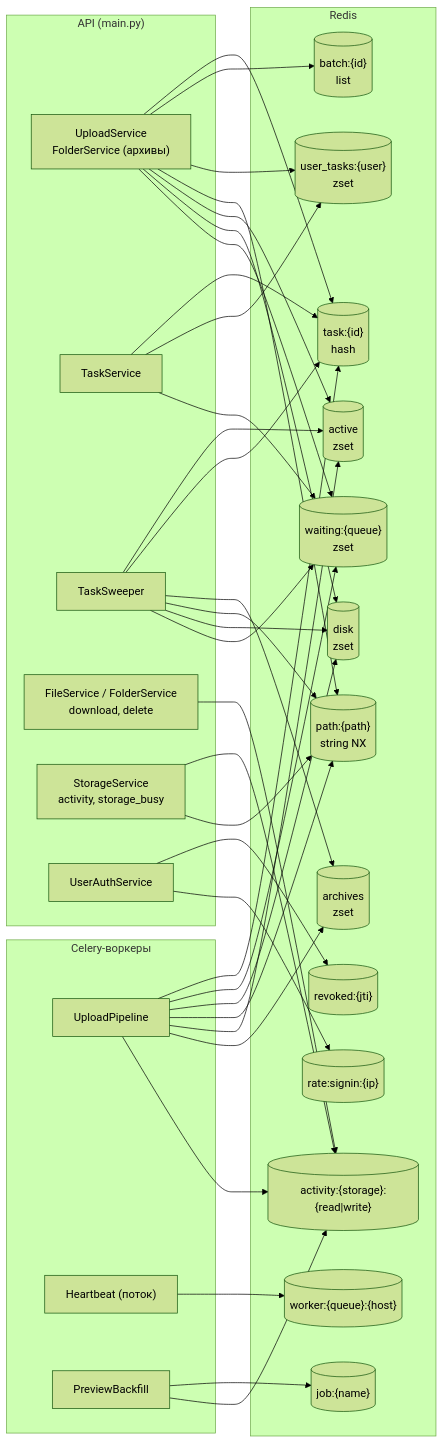
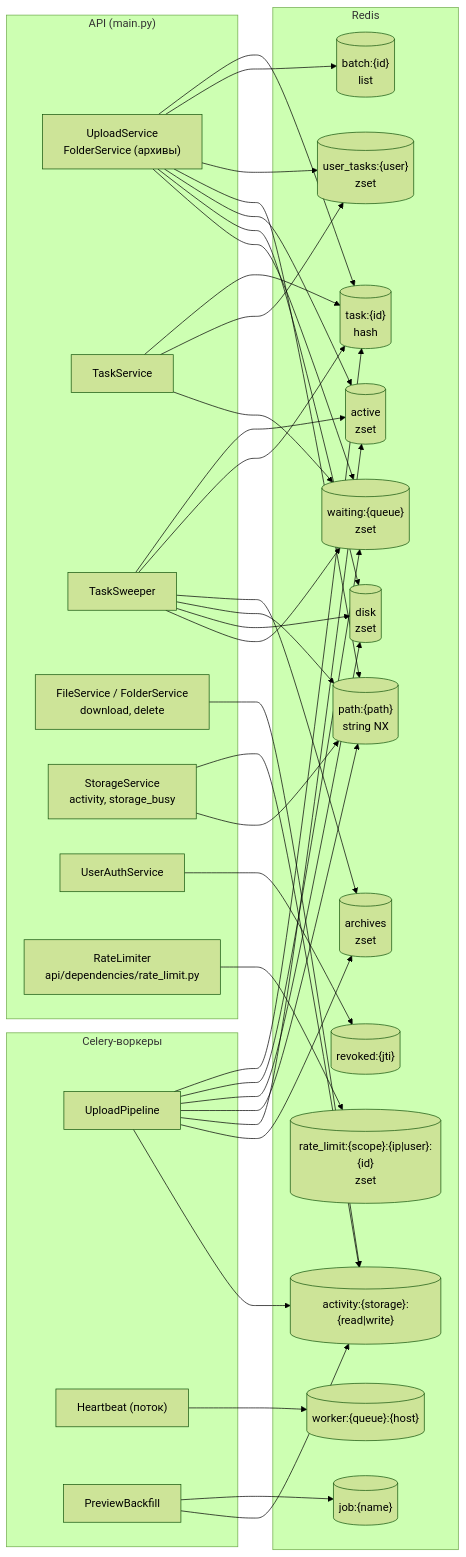
One commit to NikitkaZXC/tcloud-backend changed the diagram in docs/redis.md. Above: the diagram before and after it, drawn with Mermaid (forest theme). The commit also changed other lines of this file and 32 other files, not shown here.

Commit message:
feat: sliding-window rate limiting per IP and user ported from nextgate

````diff
--- a/docs/redis.md
+++ b/docs/redis.md
@@ -11,40 +11,42 @@
 ```mermaid
 flowchart LR
     subgraph api["API (main.py)"]
         us["UploadService<br/>FolderService (архивы)"]
         ts["TaskService"]
         sw["TaskSweeper"]
         fs["FileService / FolderService<br/>download, delete"]
         ss["StorageService<br/>activity, storage_busy"]
         ua["UserAuthService"]
+        rl["RateLimiter<br/>api/dependencies/rate_limit.py"]
     end
     subgraph workers["Celery-воркеры"]
         pl["UploadPipeline"]
         hb["Heartbeat (поток)"]
         bf["PreviewBackfill"]
     end
     subgraph redis["Redis"]
         task[("task:{id}<br/>hash")]
         batch[("batch:{id}<br/>list")]
         owned[("user_tasks:{user}<br/>zset")]
         path[("path:{path}<br/>string NX")]
         active[("active<br/>zset")]
         disk[("disk<br/>zset")]
         waiting[("waiting:{queue}<br/>zset")]
         archives[("archives<br/>zset")]
         worker[("worker:{queue}:{host}")]
         activity[("activity:{storage}:{read|write}")]
         revoked[("revoked:{jti}")]
-        rate[("rate:signin:{ip}")]
+        rate[("rate_limit:{scope}:{ip|user}:{id}<br/>zset")]
         job[("job:{name}")]
     end
     us --> task & batch & owned & path & active & disk & waiting
     ts --> task & owned & waiting
     sw --> active & task & archives & path & disk & waiting
     pl --> task & waiting & disk & path & active & archives & activity
     bf --> job & activity
     hb --> worker
     fs --> activity
     ss --> activity & path
-    ua --> revoked & rate
+    ua --> revoked
+    rl --> rate
 ```
````
